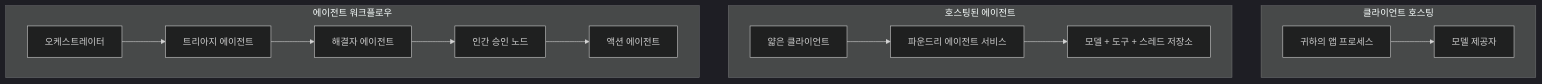
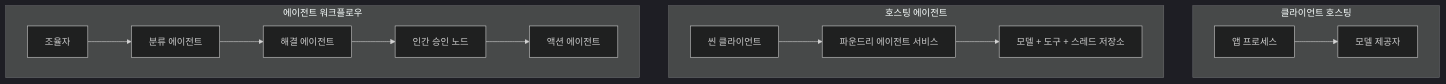
Before and after one commit to gabrielmoreira/agent-skills-mirror: the first of 4 diagrams in mirrors/repos/microsoft@ai-agents-for-beginners/translations/ko/16-deploying-scalable-agents/README.md, drawn with Mermaid (dark theme). The commit also changed other lines of this file and 3581 other files, not shown here.

````diff
--- a/mirrors/repos/microsoft@ai-agents-for-beginners/translations/ko/16-deploying-scalable-agents/README.md
+++ b/mirrors/repos/microsoft@ai-agents-for-beginners/translations/ko/16-deploying-scalable-agents/README.md
@@ -87,16 +87,16 @@
 ```mermaid
 flowchart TB
     subgraph P1[클라이언트 호스팅]
-        A1[귀하의 앱 프로세스] --> M1[모델 제공자]
+        A1[앱 프로세스] --> M1[모델 제공자]
     end
-    subgraph P2[호스팅된 에이전트]
-        A2[얇은 클라이언트] --> F2[파운드리 에이전트 서비스]
+    subgraph P2[호스팅 에이전트]
+        A2[씬 클라이언트] --> F2[파운드리 에이전트 서비스]
         F2 --> M2[모델 + 도구 + 스레드 저장소]
     end
     subgraph P3[에이전트 워크플로우]
-        A3[오케스트레이터] --> S1[트리아지 에이전트]
-        S1 --> S2[해결자 에이전트]
+        A3[조율자] --> S1[분류 에이전트]
+        S1 --> S2[해결 에이전트]
         S2 --> H[인간 승인 노드]
         H --> S3[액션 에이전트]
     end
 ```
````
